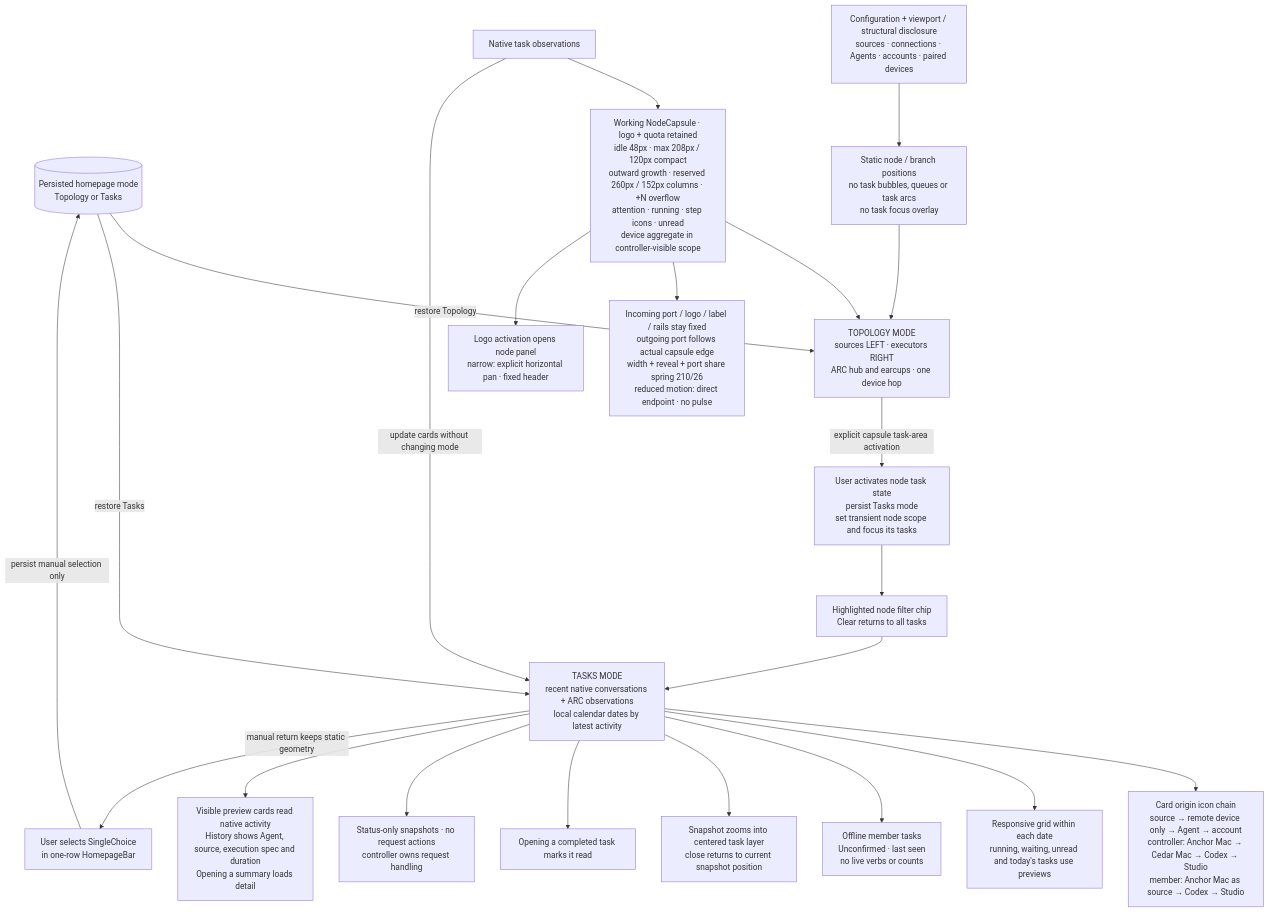
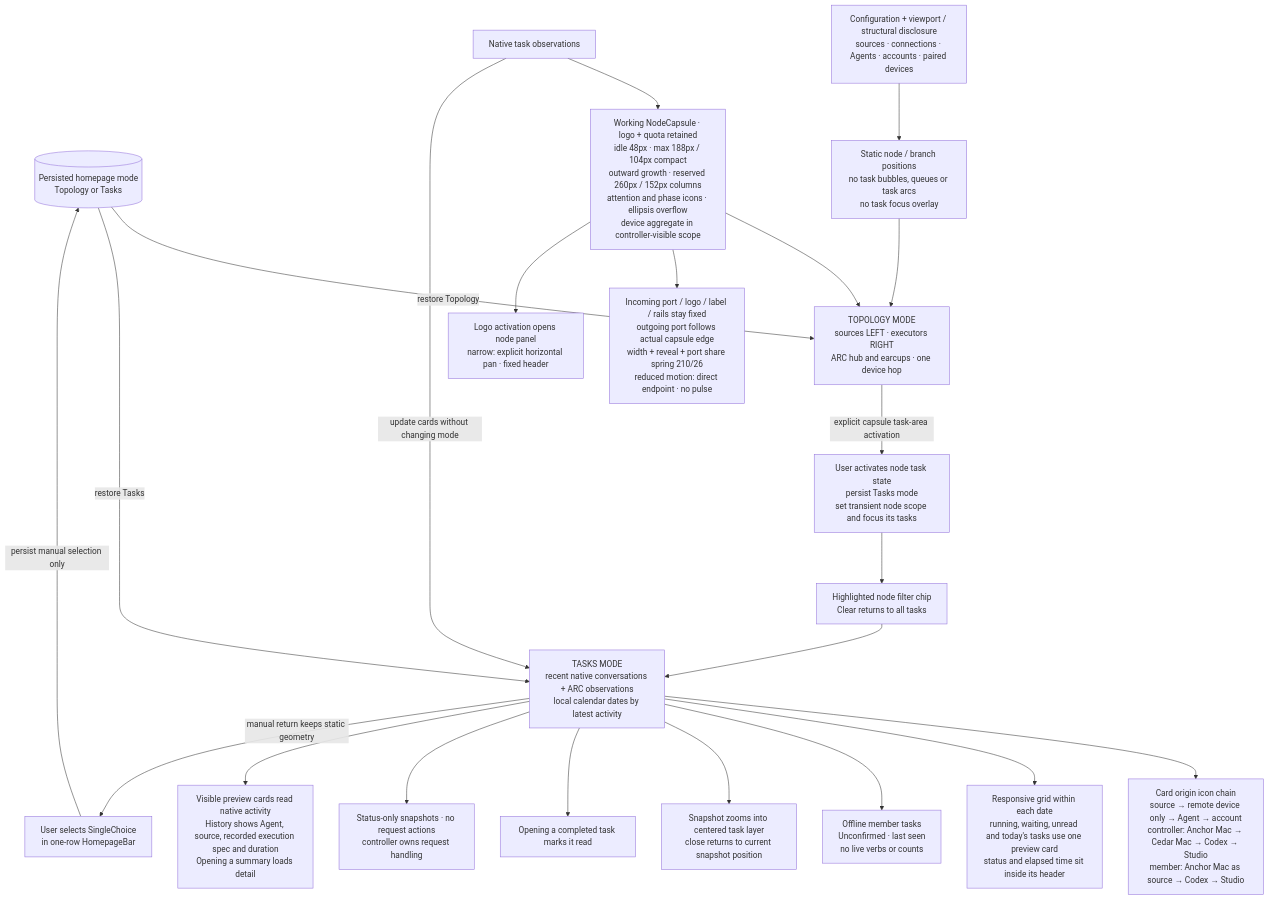
One commit to whzxc/agent-remote-control changed the diagram in arch/mechanisms/homepage-modes.mmd. Above: the diagram before and after it, drawn with Mermaid. The commit also changed 17 other files, not shown here.

Commit message:
fix(ui): simplify task cards and restore recorded specs

```diff
--- a/arch/mechanisms/homepage-modes.mmd
+++ b/arch/mechanisms/homepage-modes.mmd
@@ -1,39 +1,39 @@
 %% Homepage modes (layer 2): static topology and task presentation are independent projections.
 %% Index and code mapping: docs/dev/arch-assets.md
 flowchart TB
   preference[("Persisted homepage mode<br/>Topology or Tasks")]
   switch["User selects SingleChoice<br/>in one-row HomepageBar"]
   topology["TOPOLOGY MODE<br/>sources LEFT · executors RIGHT<br/>ARC hub and earcups · one device hop"]
   config["Configuration + viewport / structural disclosure<br/>sources · connections · Agents · accounts · paired devices"]
   positions["Static node / branch positions<br/>no task bubbles, queues or task arcs<br/>no task focus overlay"]
   observations["Native task observations"]
-  badges["Working NodeCapsule · logo + quota retained<br/>idle 48px · max 208px / 120px compact<br/>outward growth · reserved 260px / 152px columns · +N overflow<br/>attention · running · step icons · unread<br/>device aggregate in controller-visible scope"]
+  badges["Working NodeCapsule · logo + quota retained<br/>idle 48px · max 188px / 104px compact<br/>outward growth · reserved 260px / 152px columns<br/>attention and phase icons · ellipsis overflow<br/>device aggregate in controller-visible scope"]
   ports["Incoming port / logo / label / rails stay fixed<br/>outgoing port follows actual capsule edge<br/>width + reveal + port share spring 210/26<br/>reduced motion: direct endpoint · no pulse"]
   panel["Logo activation opens node panel<br/>narrow: explicit horizontal pan · fixed header"]
   jump["User activates node task state<br/>persist Tasks mode<br/>set transient node scope and focus its tasks"]
   tasks["TASKS MODE<br/>recent native conversations + ARC observations<br/>local calendar dates by latest activity"]
-  layout["Responsive grid within each date<br/>running, waiting, unread and today's tasks use previews"]
+  layout["Responsive grid within each date<br/>running, waiting, unread and today's tasks use one preview card<br/>status and elapsed time sit inside its header"]
   chain["Card origin icon chain<br/>source → remote device only → Agent → account<br/>controller: Anchor Mac → Cedar Mac → Codex → Studio<br/>member: Anchor Mac as source → Codex → Studio"]
   offline["Offline member tasks<br/>Unconfirmed · last seen<br/>no live verbs or counts"]
   filter["Highlighted node filter chip<br/>Clear returns to all tasks"]
   details["Snapshot zooms into centered task layer<br/>close returns to current snapshot position"]
   read["Opening a completed task marks it read"]
   order["Status-only snapshots · no request actions<br/>controller owns request handling"]
-  overflow["Visible preview cards read native activity<br/>History shows Agent, source, execution spec and duration<br/>Opening a summary loads detail"]
+  overflow["Visible preview cards read native activity<br/>History shows Agent, source, recorded execution spec and duration<br/>Opening a summary loads detail"]
   switch -->|"persist manual selection only"| preference
   preference -->|"restore Topology"| topology
   preference -->|"restore Tasks"| tasks
   config --> positions --> topology
   observations --> badges --> topology
   badges --> ports
   badges --> panel
   observations -->|"update cards without changing mode"| tasks
   topology -->|"explicit capsule task-area activation"| jump --> filter --> tasks
   tasks --> chain
   tasks --> layout
   tasks --> offline
   tasks --> details
   tasks --> read
   tasks --> order
   tasks --> overflow
   tasks -->|"manual return keeps static geometry"| switch
```
